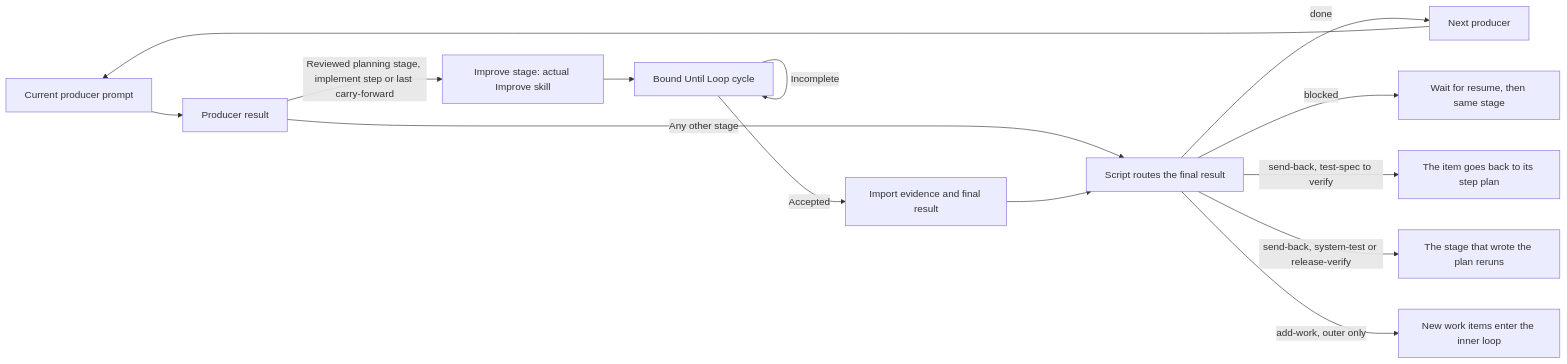
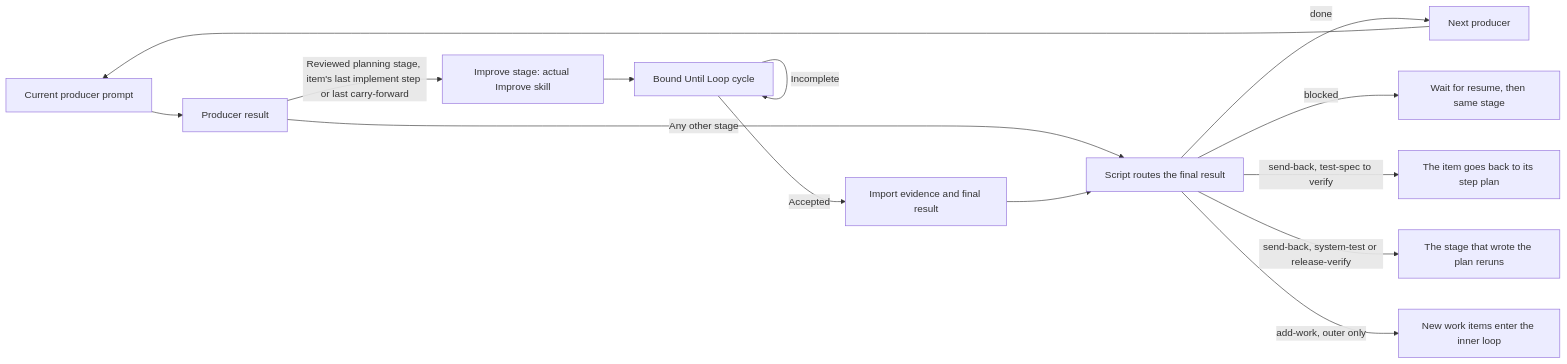
Before and after one commit to whichguy/skill-craft: the first of 4 diagrams in skills/shiploop/references/navigator.md, drawn with Mermaid. The commit also changed other lines of this file and 42 other files, not shown here.

````diff
--- a/skills/shiploop/references/navigator.md
+++ b/skills/shiploop/references/navigator.md
@@ -21,16 +21,16 @@
 ```mermaid
 flowchart LR
   P[Current producer prompt] --> R[Producer result]
-  R -->|Reviewed planning stage, implement step or last carry-forward| I[Improve stage: actual Improve skill]
+  R -->|Reviewed planning stage, item's last implement step or last carry-forward| I[Improve stage: actual Improve skill]
   R -->|Any other stage| F
   I --> U[Bound Until Loop cycle]
   U -->|Incomplete| U
   U -->|Accepted| C[Import evidence and final result]
   C --> F[Script routes the final result]
   F -->|done| N[Next producer]
   F -->|blocked| B[Wait for resume, then same stage]
   F -->|send-back, test-spec to verify| SB[The item goes back to its step plan]
   F -->|send-back, system-test or release-verify| SO[The stage that wrote the plan reruns]
   F -->|add-work, outer only| W[New work items enter the inner loop]
   N --> P
 ```
````
